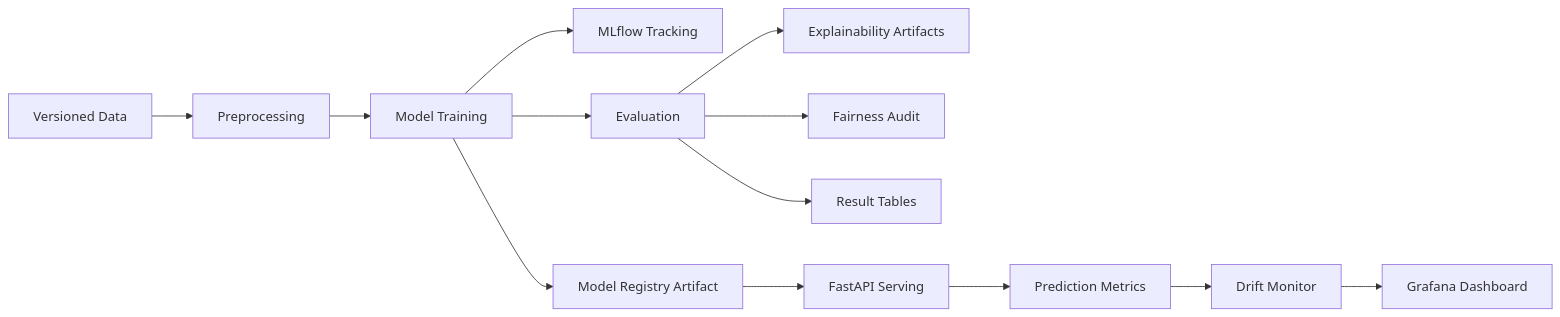
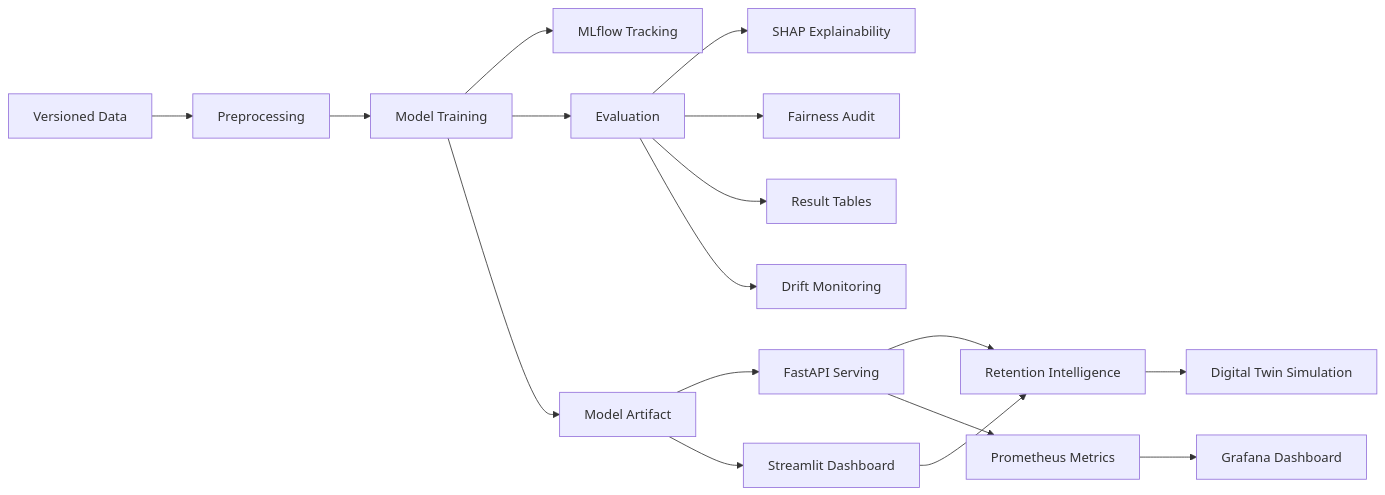
One commit to YASHASSHETTYYY/churn changed the diagram in README.md. Above: the diagram before and after it, drawn with Mermaid. The commit also changed other lines of this file and 6 other files, not shown here.

Commit message:
Add retention intelligence workflow

````diff
--- a/README.md
+++ b/README.md
@@ -46,15 +50,19 @@
 ```mermaid
 flowchart LR
   A[Versioned Data] --> B[Preprocessing]
   B --> C[Model Training]
   C --> D[MLflow Tracking]
   C --> E[Evaluation]
-  E --> F[Explainability Artifacts]
+  E --> F[SHAP Explainability]
   E --> G[Fairness Audit]
   E --> H[Result Tables]
-  C --> I[Model Registry Artifact]
+  C --> I[Model Artifact]
   I --> J[FastAPI Serving]
-  J --> K[Prediction Metrics]
-  K --> L[Drift Monitor]
-  L --> M[Grafana Dashboard]
+  I --> K[Streamlit Dashboard]
+  J --> L[Retention Intelligence]
+  K --> L
+  L --> M[Digital Twin Simulation]
+  J --> N[Prometheus Metrics]
+  N --> O[Grafana Dashboard]
+  E --> P[Drift Monitoring]
 ```
````
